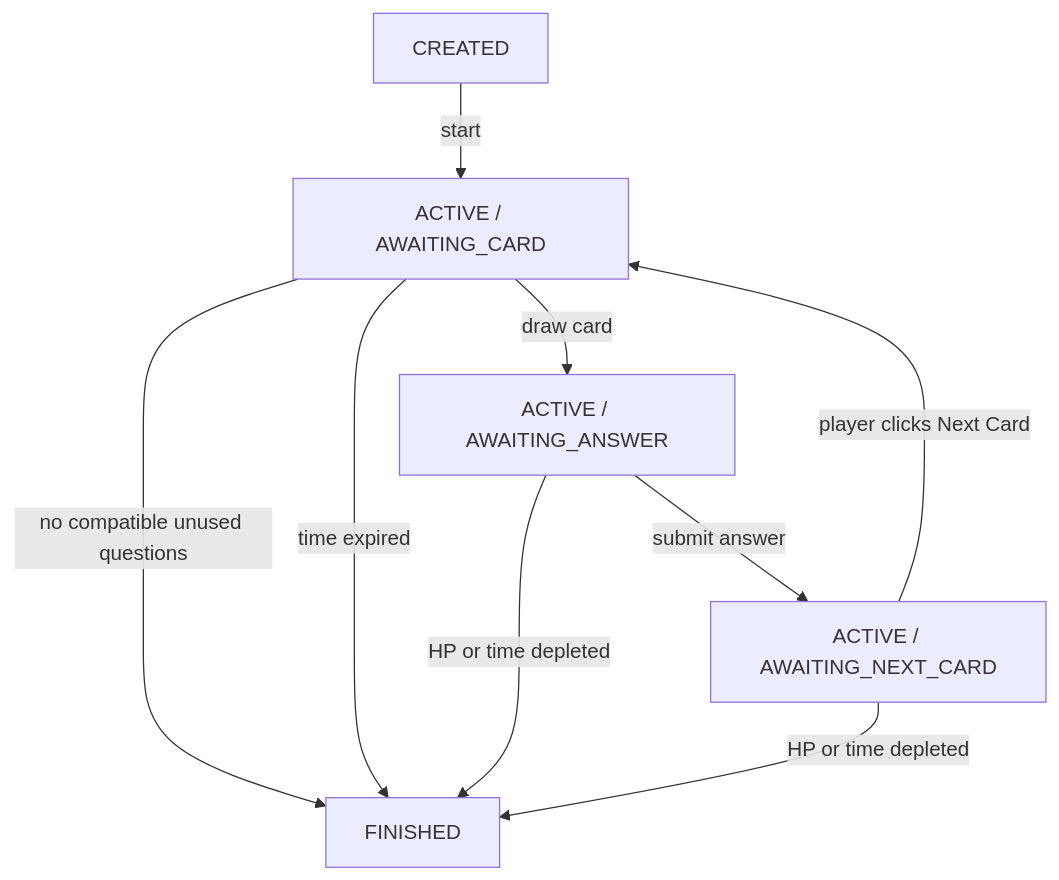
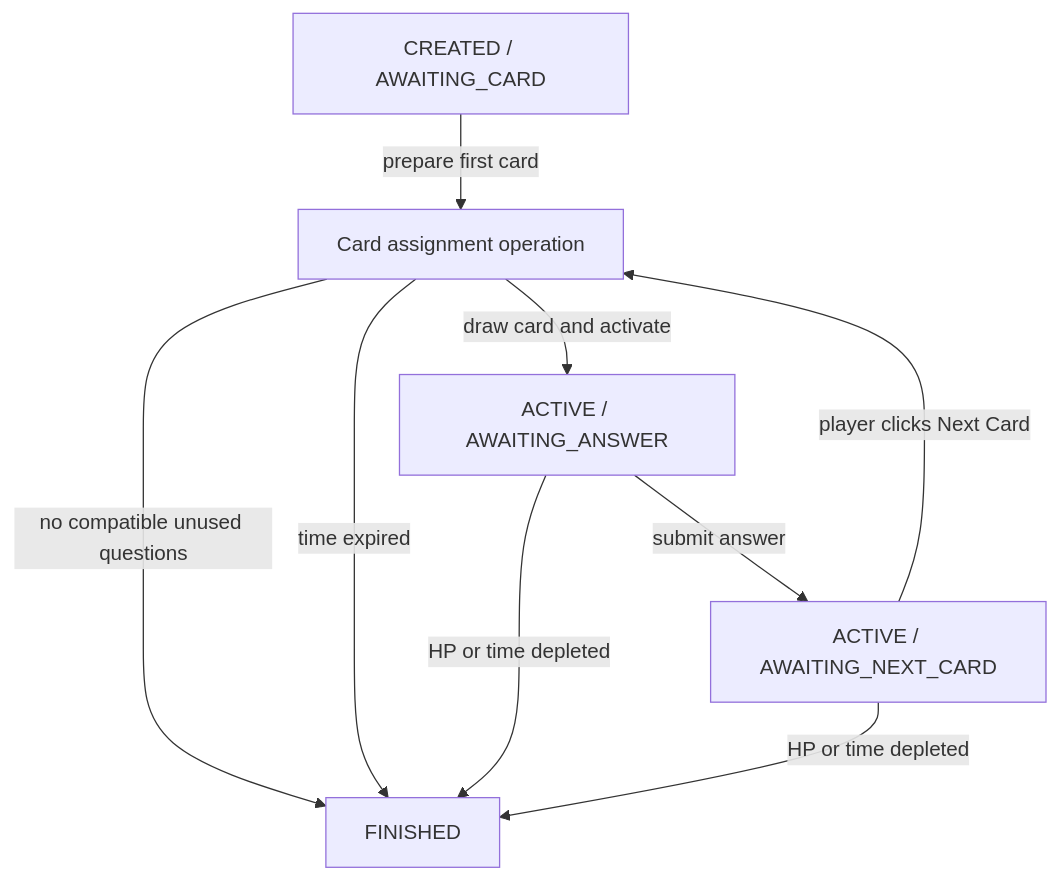
Before and after one commit to vegli/Portfolio: the second of 2 diagrams in docs/DOMAIN.md, drawn with Mermaid. The commit also changed other lines of this file and 16 other files, not shown here.

````diff
--- a/docs/DOMAIN.md
+++ b/docs/DOMAIN.md
@@ -293,11 +293,11 @@
 ```mermaid
 flowchart TD
-    A[CREATED] -->|start| B[ACTIVE / AWAITING_CARD]
-    B -->|draw card| C[ACTIVE / AWAITING_ANSWER]
+    A[CREATED / AWAITING_CARD] -->|prepare first card| B[Card assignment operation]
+    B -->|draw card and activate| C[ACTIVE / AWAITING_ANSWER]
     C -->|submit answer| D[ACTIVE / AWAITING_NEXT_CARD]
     D -->|player clicks Next Card| B
     B -->|no compatible unused questions| E[FINISHED]
     B -->|time expired| E
     C -->|HP or time depleted| E
     D -->|HP or time depleted| E
 ```
````
